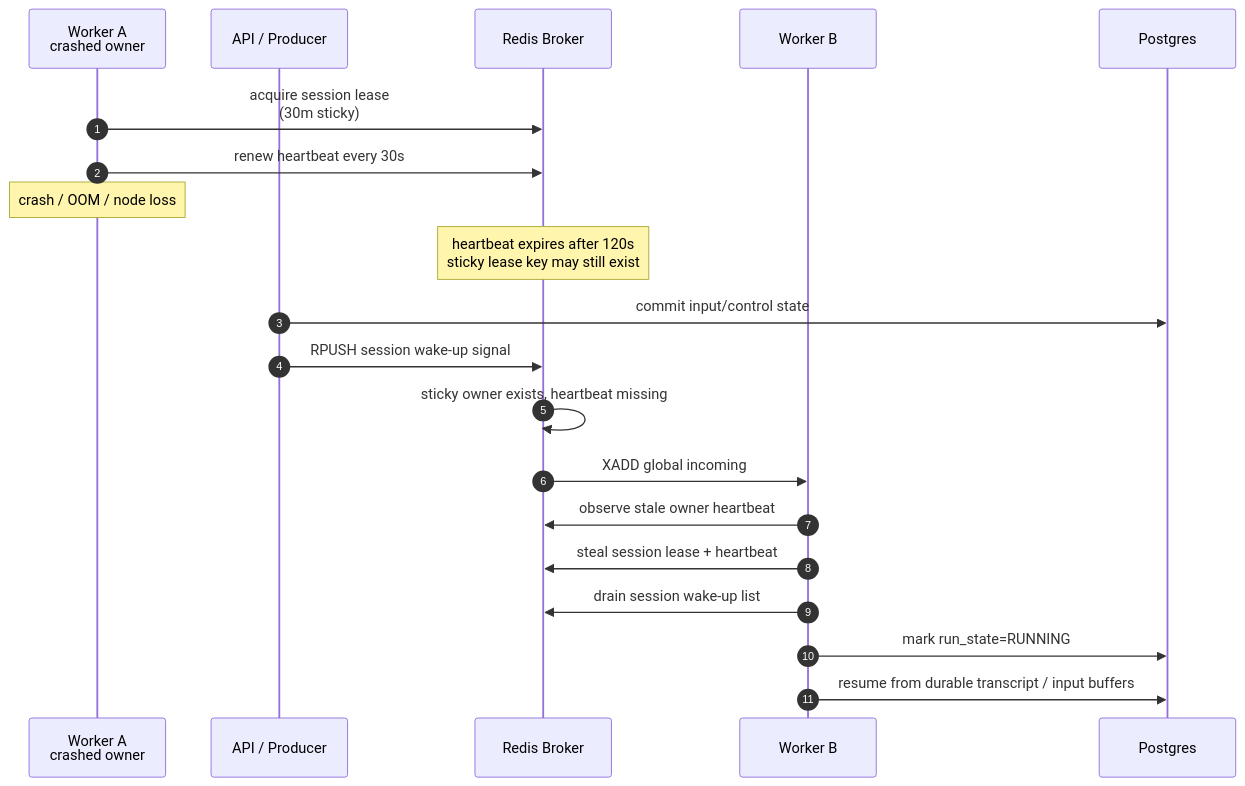
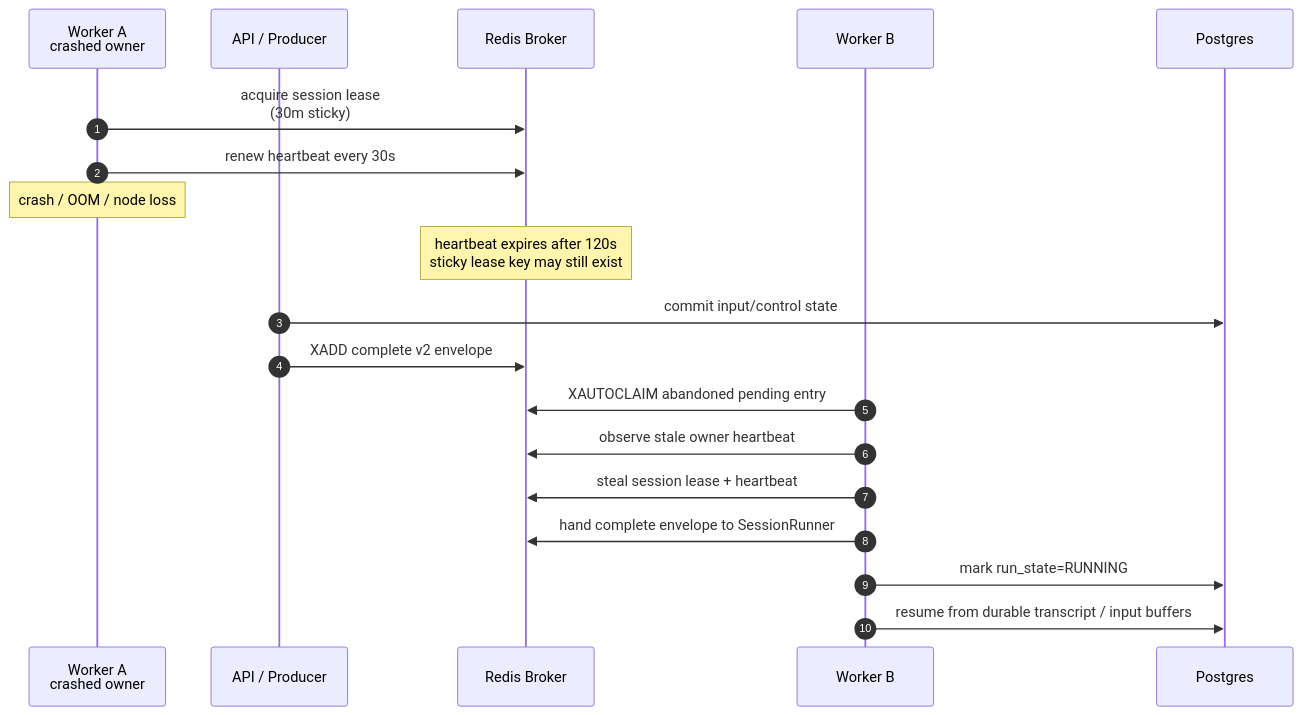
Before and after one commit to azents/azents: the second of 2 diagrams in docs/azents/spec/flow/run-resume.md, drawn with Mermaid. The commit also changed other lines of this file and 173 other files, not shown here.

````diff
--- a/docs/azents/spec/flow/run-resume.md
+++ b/docs/azents/spec/flow/run-resume.md
@@ -142,23 +157,22 @@
 ```mermaid
 sequenceDiagram
     autonumber
     participant WA as Worker A<br/>crashed owner
     participant API as API / Producer
     participant R as Redis Broker
     participant WB as Worker B
     participant DB as Postgres
 
     WA->>R: acquire session lease<br/>(30m sticky)
     WA->>R: renew heartbeat every 30s
     Note over WA: crash / OOM / node loss
     Note over R: heartbeat expires after 120s<br/>sticky lease key may still exist
     API->>DB: commit input/control state
-    API->>R: RPUSH session wake-up signal
-    R->>R: sticky owner exists, heartbeat missing
-    R->>WB: XADD global incoming
+    API->>R: XADD complete v2 envelope
+    WB->>R: XAUTOCLAIM abandoned pending entry
     WB->>R: observe stale owner heartbeat
     WB->>R: steal session lease + heartbeat
-    WB->>R: drain session wake-up list
+    WB->>R: hand complete envelope to SessionRunner
     WB->>DB: mark run_state=RUNNING
     WB->>DB: resume from durable transcript / input buffers
 ```
````
